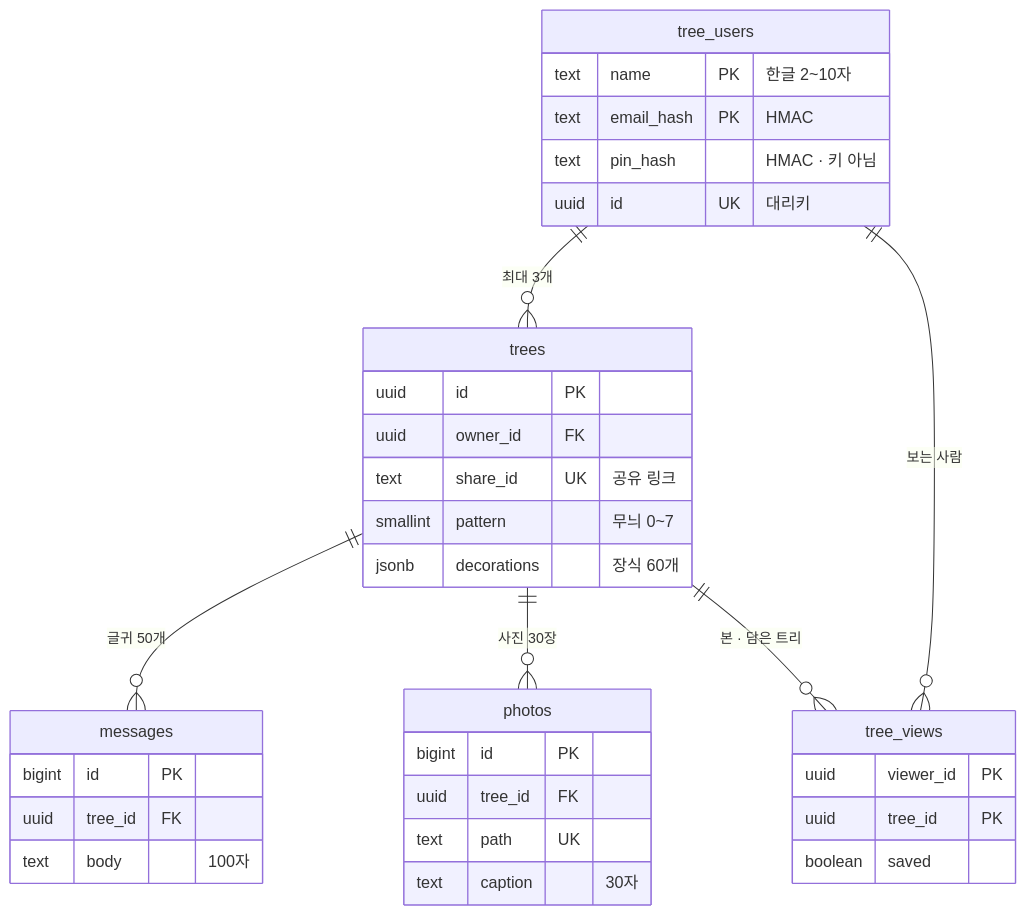
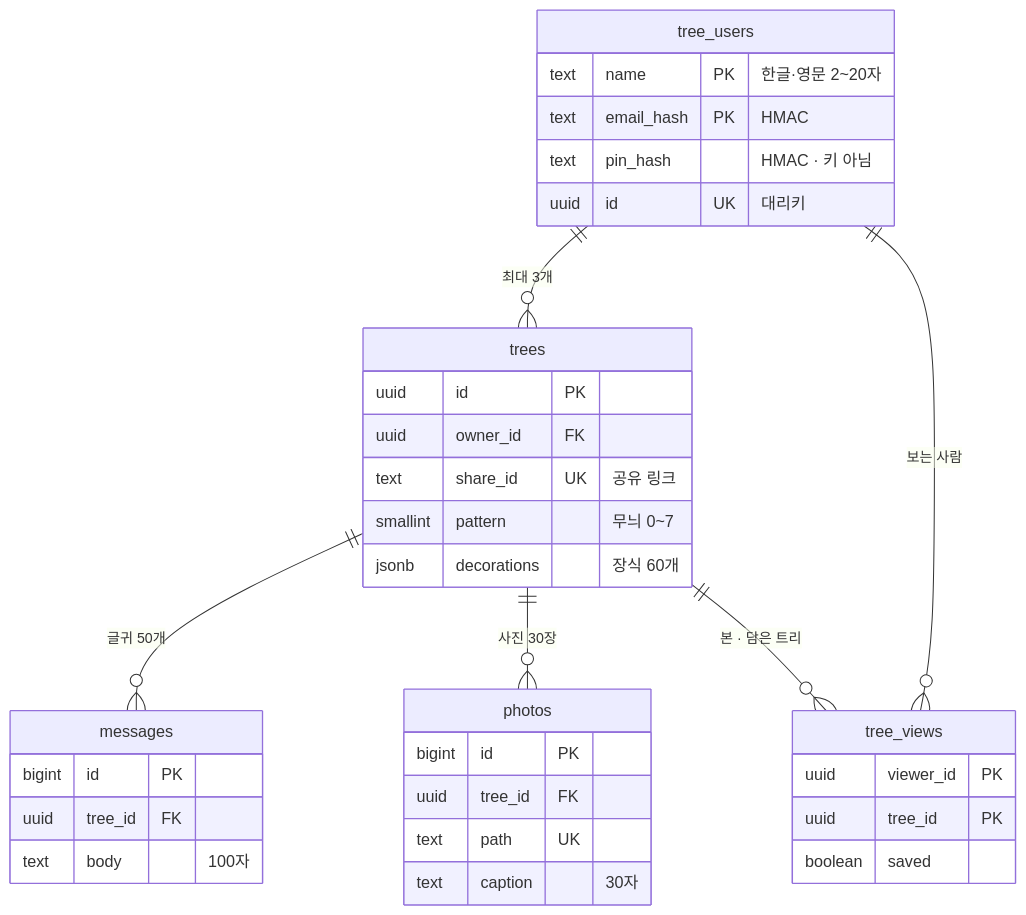
One commit to dae-won-kim/code-christmas-tree changed the second of 4 diagrams in README.md. Above: the diagram before and after it, drawn with Mermaid. The commit also changed other lines of this file and 7 other files, not shown here.

````diff
--- a/README.md
+++ b/README.md
@@ -133,37 +134,37 @@
 ```mermaid
 erDiagram
   tree_users ||--o{ trees : "최대 3개"
   trees ||--o{ messages : "글귀 50개"
   trees ||--o{ photos : "사진 30장"
   tree_users ||--o{ tree_views : "보는 사람"
   trees ||--o{ tree_views : "본 · 담은 트리"
   tree_users {
-    text name PK "한글 2~10자"
+    text name PK "한글·영문 2~20자"
     text email_hash PK "HMAC"
     text pin_hash "HMAC · 키 아님"
     uuid id UK "대리키"
   }
   trees {
     uuid id PK
     uuid owner_id FK
     text share_id UK "공유 링크"
     smallint pattern "무늬 0~7"
     jsonb decorations "장식 60개"
   }
   photos {
     bigint id PK
     uuid tree_id FK
     text path UK
     text caption "30자"
   }
   messages {
     bigint id PK
     uuid tree_id FK
     text body "100자"
   }
   tree_views {
     uuid viewer_id PK
     uuid tree_id PK
     boolean saved
   }
 ```
````
